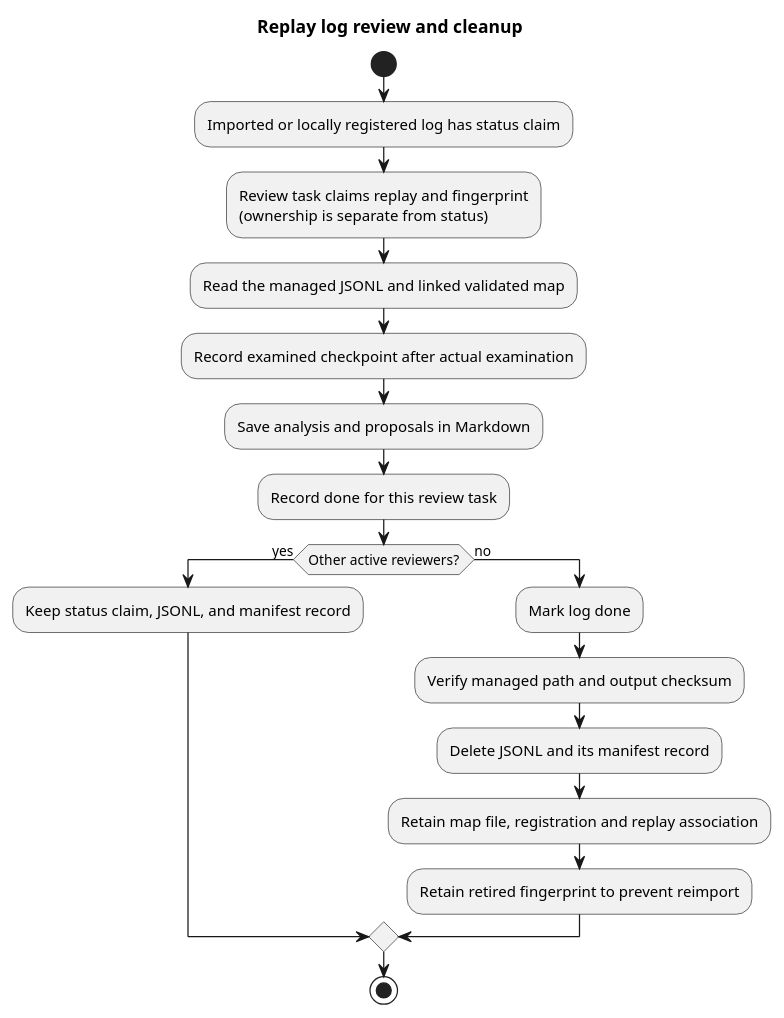
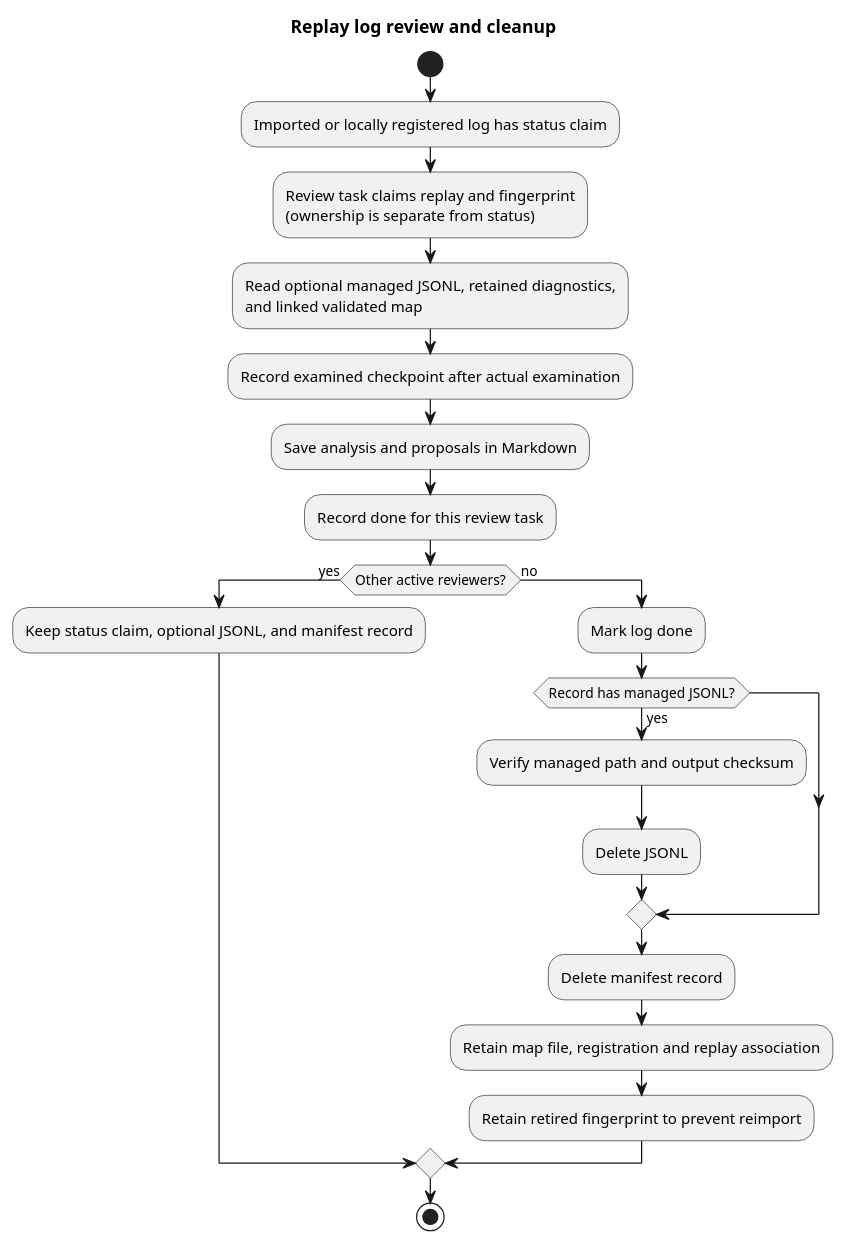
Before and after one commit to zolcsika71/pain_and_gain: the diagram in docs/diagrams/replay-review-cleanup.puml, drawn with PlantUML. The commit also changed 14 other files, not shown here.

```diff
--- a/docs/diagrams/replay-review-cleanup.puml
+++ b/docs/diagrams/replay-review-cleanup.puml
@@ -1,22 +1,25 @@
 @startuml
 title Replay log review and cleanup
 
 start
 :Imported or locally registered log has status claim;
 :Review task claims replay and fingerprint\n(ownership is separate from status);
-:Read the managed JSONL and linked validated map;
+:Read optional managed JSONL, retained diagnostics,\nand linked validated map;
 :Record examined checkpoint after actual examination;
 :Save analysis and proposals in Markdown;
 :Record done for this review task;
 if (Other active reviewers?) then (yes)
-  :Keep status claim, JSONL, and manifest record;
+  :Keep status claim, optional JSONL, and manifest record;
 else (no)
   :Mark log done;
-  :Verify managed path and output checksum;
-  :Delete JSONL and its manifest record;
+  if (Record has managed JSONL?) then (yes)
+    :Verify managed path and output checksum;
+    :Delete JSONL;
+  endif
+  :Delete manifest record;
   :Retain map file, registration and replay association;
   :Retain retired fingerprint to prevent reimport;
 endif
 stop
 
 @enduml
```
